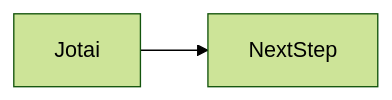
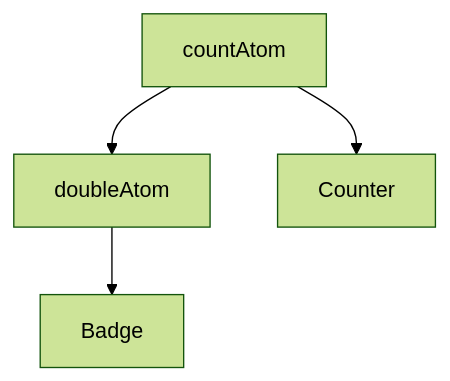
One commit to OmidJavaherii/Frontend-Engineering-Handbook changed the second of 2 diagrams in docs/en/15-architecture/jotai/index.md. Above: the diagram before and after it, drawn with Mermaid (forest theme). The commit also changed other lines of this file and 461 other files, not shown here.

````diff
--- a/docs/en/15-architecture/jotai/index.md
+++ b/docs/en/15-architecture/jotai/index.md
@@ -96,4 +122,6 @@
 ```mermaid
-flowchart LR
-  concept[Jotai] --> nextStep[NextStep]
+flowchart TD
+  A[countAtom] --> D[doubleAtom]
+  A --> UI1[Counter]
+  D --> UI2[Badge]
 ```
````
